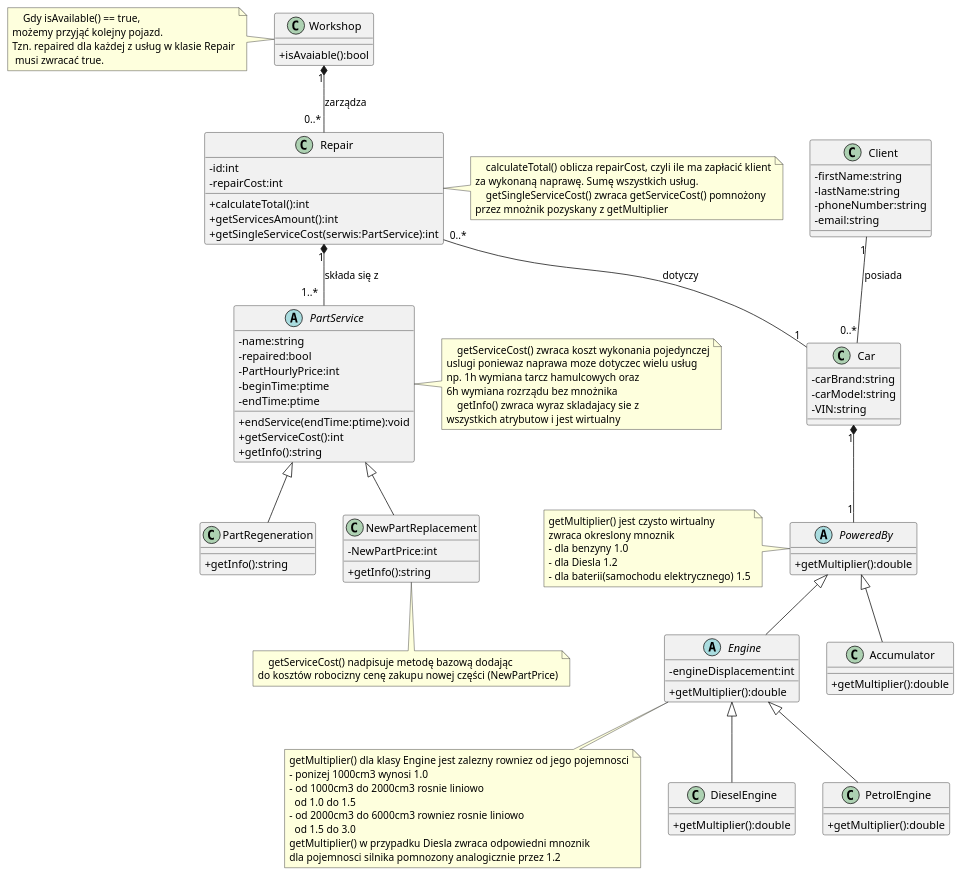
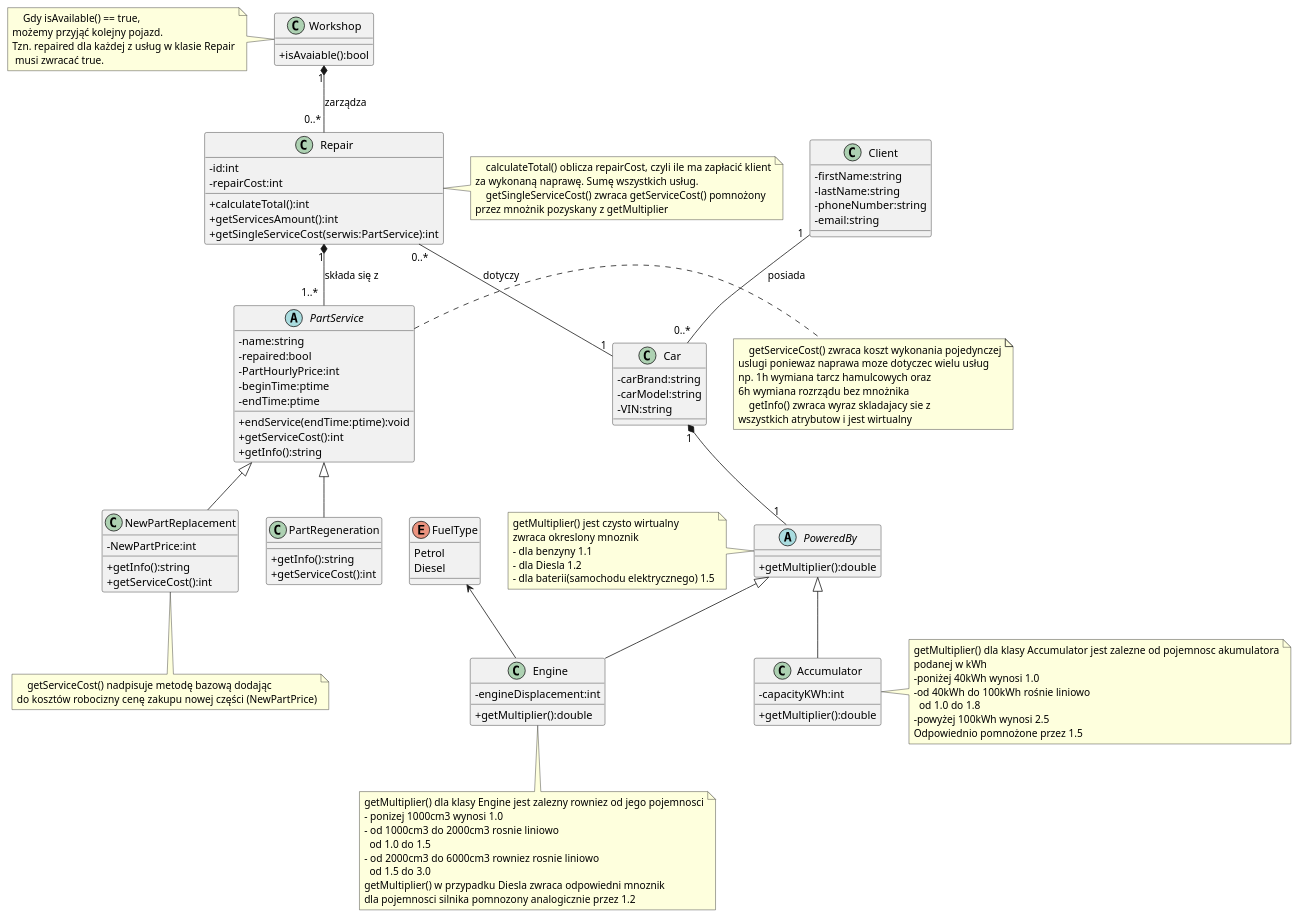
Before and after one commit to cyps0nik/pobi26: the diagram in uml/car_service.puml, drawn with PlantUML.

Commit message:
poprawa klasy silnika i nieuzasadnionego dziedziczenia

```diff
--- a/uml/car_service.puml
+++ b/uml/car_service.puml
@@ -1,112 +1,120 @@
 @startuml
 'https://plantuml.com/class-diagram
 skinparam classAttributeIconSize 0
  class Car{
 - carBrand:string
 - carModel:string
 - VIN:string
 }
 
 class Client{
 - firstName:string
 - lastName:string
 - phoneNumber:string
 - email:string
 }
 class Workshop{
 +isAvaiable():bool
 }
 note left of Workshop
     Gdy isAvailable() == true,
 możemy przyjąć kolejny pojazd.
 Tzn. repaired dla każdej z usług w klasie Repair
  musi zwracać true.
 end note
 abstract PartService {
 -name:string
 -repaired:bool
 -PartHourlyPrice:int
 -beginTime:ptime
 -endTime:ptime
 +endService(endTime:ptime):void
 +getServiceCost():int
 +getInfo():string
 }
 note right of PartService
     getServiceCost() zwraca koszt wykonania pojedynczej
 uslugi poniewaz naprawa moze dotyczec wielu usług
 np. 1h wymiana tarcz hamulcowych oraz
 6h wymiana rozrządu bez mnożnika
     getInfo() zwraca wyraz skladajacy sie z
 wszystkich atrybutow i jest wirtualny
 end note
 class PartRegeneration{
 +getInfo():string
++getServiceCost():int
 }
 class NewPartReplacement{
 -NewPartPrice:int
 +getInfo():string
++getServiceCost():int
 }
 note bottom of NewPartReplacement
     getServiceCost() nadpisuje metodę bazową dodając
 do kosztów robocizny cenę zakupu nowej części (NewPartPrice)
 end note
 class Repair{
 -id:int
 -repairCost:int
 +calculateTotal():int
 +getServicesAmount():int
 +getSingleServiceCost(serwis:PartService):int
 }
 note right of Repair
     calculateTotal() oblicza repairCost, czyli ile ma zapłacić klient
 za wykonaną naprawę. Sumę wszystkich usług.
     getSingleServiceCost() zwraca getServiceCost() pomnożony
 przez mnożnik pozyskany z getMultiplier
 end note
 abstract PoweredBy{
 +getMultiplier():double
 }
 note left of PoweredBy
 getMultiplier() jest czysto wirtualny
 zwraca okreslony mnoznik
-- dla benzyny 1.0
+- dla benzyny 1.1
 - dla Diesla 1.2
 - dla baterii(samochodu elektrycznego) 1.5
 end note
-abstract Engine{
+class Engine{
 -engineDisplacement:int
 +getMultiplier():double
+}
+enum FuelType{
+Petrol
+Diesel
 }
 note bottom of Engine
 getMultiplier() dla klasy Engine jest zalezny rowniez od jego pojemnosci
 - ponizej 1000cm3 wynosi 1.0
 - od 1000cm3 do 2000cm3 rosnie liniowo
   od 1.0 do 1.5
 - od 2000cm3 do 6000cm3 rowniez rosnie liniowo
   od 1.5 do 3.0
 getMultiplier() w przypadku Diesla zwraca odpowiedni mnoznik
 dla pojemnosci silnika pomnozony analogicznie przez 1.2
 end note
 class Accumulator{
+-capacityKWh:int
 +getMultiplier():double
 }
-class DieselEngine{
-+getMultiplier():double
-
-}
-class PetrolEngine{
-+getMultiplier():double
-}
+note right of Accumulator
+getMultiplier() dla klasy Accumulator jest zalezne od pojemnosc akumulatora
+podanej w kWh
+-poniżej 40kWh wynosi 1.0
+-od 40kWh do 100kWh rośnie liniowo
+  od 1.0 do 1.8
+-powyżej 100kWh wynosi 2.5
+Odpowiednio pomnożone przez 1.5
+end note
 Workshop "1" *-- "0..* " Repair : zarządza
 Client "1" -- "0..*" Car : posiada
 Repair "0..*" -- "1" Car : dotyczy
 Repair "1" *-- "1..*  " PartService : składa się z
 PartService <|-- NewPartReplacement
 PartService <|-- PartRegeneration
 Car"1" *-- "1"PoweredBy
 PoweredBy <|-- Engine
 PoweredBy <|-- Accumulator
-Engine <|-- DieselEngine
-Engine <|-- PetrolEngine
+FuelType <-- Engine
 @enduml
```
